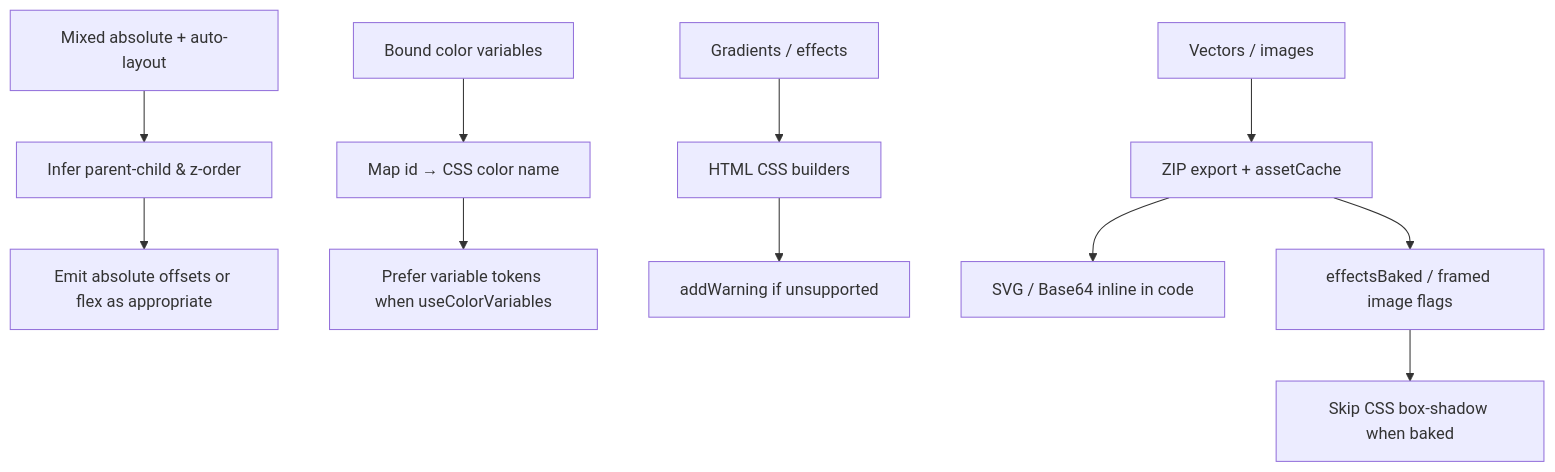
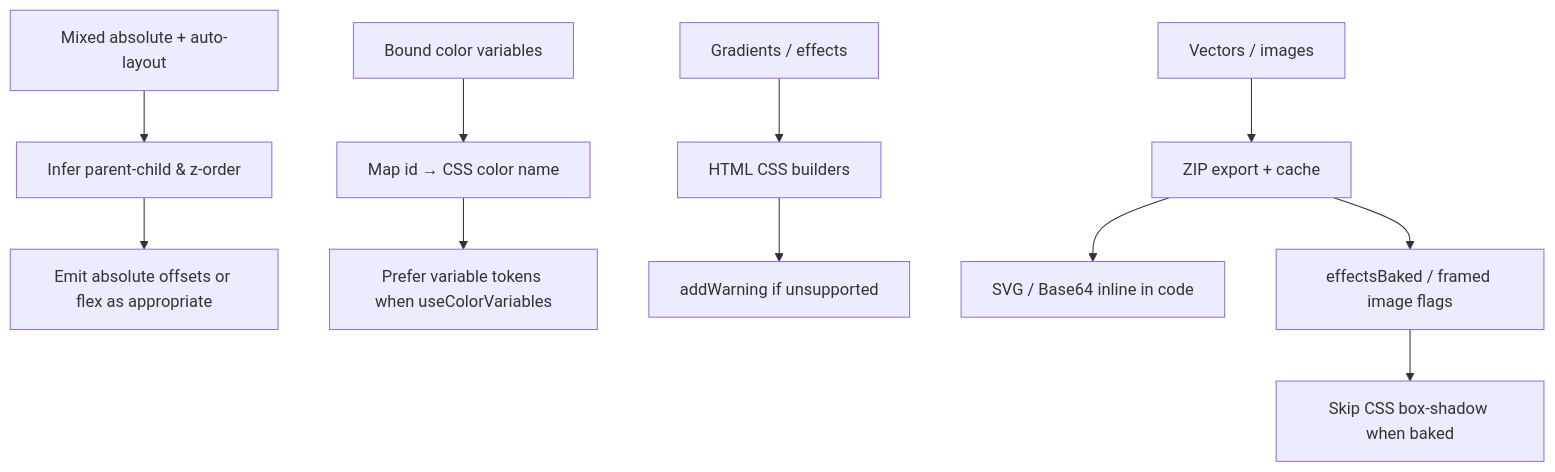
The ninth of 9 diagrams in docs/logic.md (CodeByStella/FIGMA2CODE), drawn with Mermaid before and after one commit. The commit also changed other lines of this file and 161 other files, not shown here.

````diff
--- a/docs/logic.md
+++ b/docs/logic.md
@@ -258,16 +254,16 @@
 ```mermaid
 flowchart TD
   Layout["Mixed absolute + auto-layout"] --> Decide["Infer parent-child & z-order"]
   Decide --> CodeLayout["Emit absolute offsets or flex as appropriate"]
 
   Vars["Bound color variables"] --> MapName["Map id → CSS color name"]
   MapName --> PreferVar["Prefer variable tokens when useColorVariables"]
 
   FX["Gradients / effects"] --> HTML["HTML CSS builders"]
   HTML --> Warn["addWarning if unsupported"]
 
-  Assets["Vectors / images"] --> ZipFirst["ZIP export + assetCache"]
+  Assets["Vectors / images"] --> ZipFirst["ZIP export + cache"]
   ZipFirst --> Inline["SVG / Base64 inline in code"]
   ZipFirst --> Flags["effectsBaked / framed image flags"]
   Flags --> SkipDup["Skip CSS box-shadow when baked"]
 ```
````
